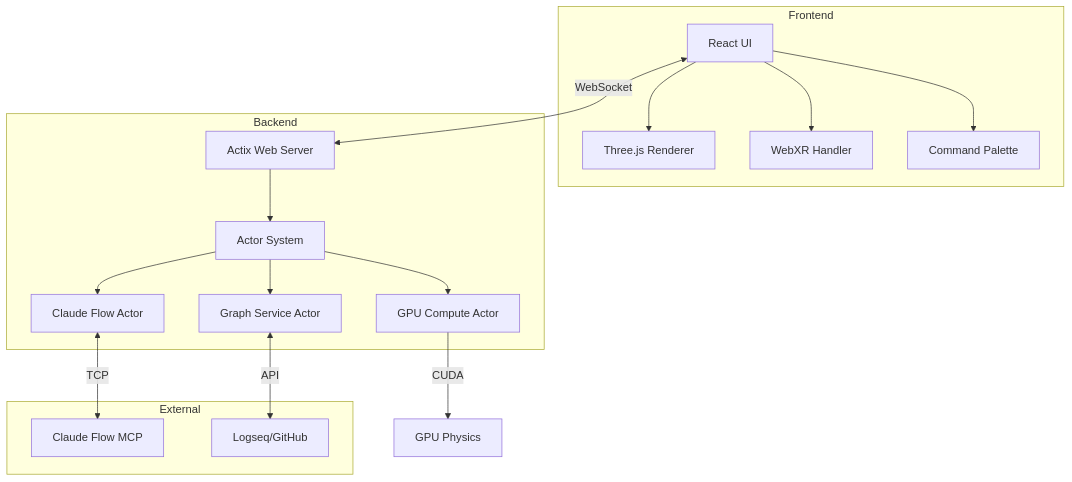
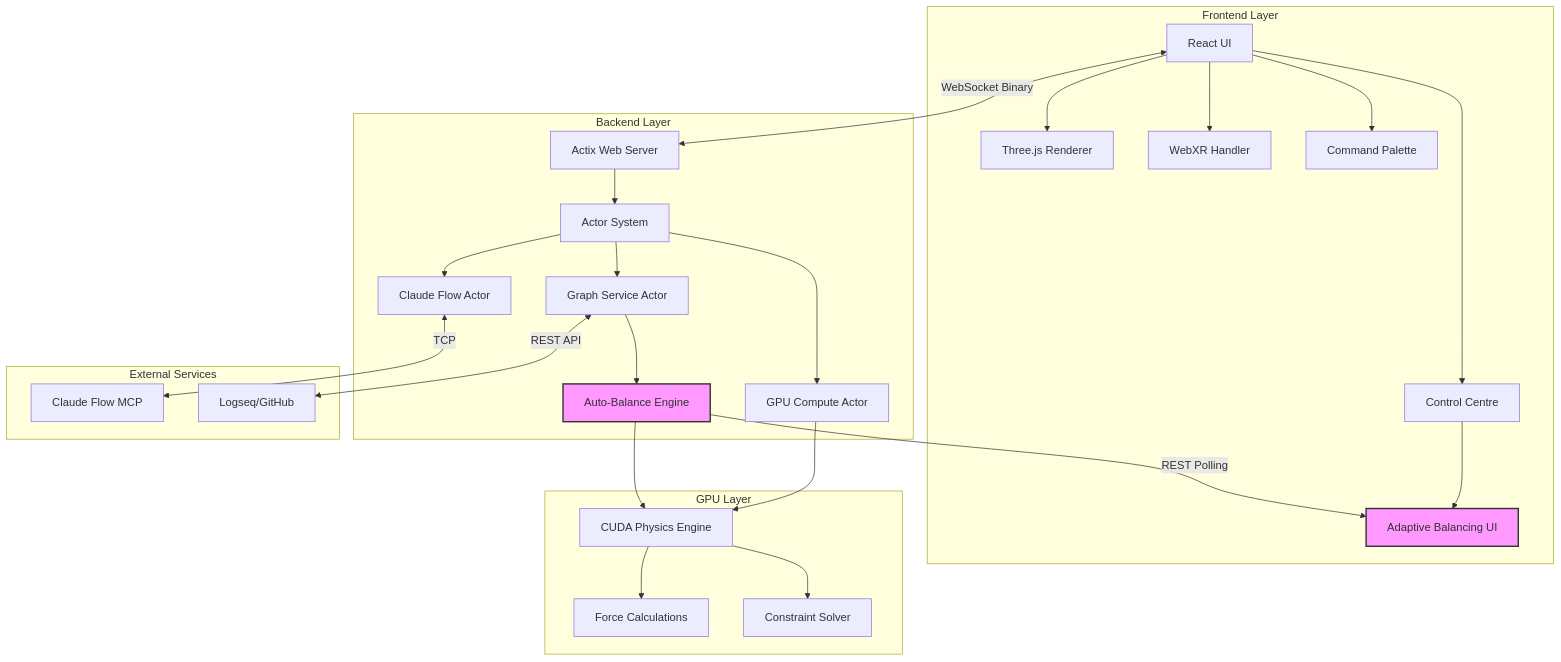
The first of 2 diagrams in docs/README.md (DreamLab-AI/VisionFlow), drawn with Mermaid before and after one commit. The commit also changed other lines of this file and 15 other files, not shown here.

````diff
--- a/docs/README.md
+++ b/docs/README.md
@@ -96,25 +103,38 @@
 ```mermaid
 graph TB
-    subgraph "Frontend"
+    subgraph "Frontend Layer"
         A[React UI] --> B[Three.js Renderer]
         A --> C[WebXR Handler]
         A --> D[Command Palette]
+        A --> E[Control Centre]
+        E --> F[Adaptive Balancing UI]
     end
     
-    subgraph "Backend"
-        E[Actix Web Server] --> F[Actor System]
-        F --> G[GPU Compute Actor]
-        F --> H[Graph Service Actor]
-        F --> I[Claude Flow Actor]
+    subgraph "Backend Layer"
+        G[Actix Web Server] --> H[Actor System]
+        H --> I[GPU Compute Actor]
+        H --> J[Graph Service Actor]
+        H --> K[Claude Flow Actor]
+        J --> L[Auto-Balance Engine]
     end
     
-    subgraph "External"
-        J[Claude Flow MCP]
-        K[Logseq/GitHub]
+    subgraph "GPU Layer"
+        I --> M[CUDA Physics Engine]
+        M --> N[Force Calculations]
+        M --> O[Constraint Solver]
+        L --> M
     end
     
-    A <-->|WebSocket| E
-    I <-->|TCP| J
-    H <-->|API| K
-    G -->|CUDA| L[GPU Physics]
+    subgraph "External Services"
+        P[Claude Flow MCP]
+        Q[Logseq/GitHub]
+    end
+    
+    A <-->|WebSocket Binary| G
+    K <-->|TCP| P
+    J <-->|REST API| Q
+    L -->|REST Polling| F
+    
+    style F fill:#f9f,stroke:#333,stroke-width:2px
+    style L fill:#f9f,stroke:#333,stroke-width:2px
 ```
````
